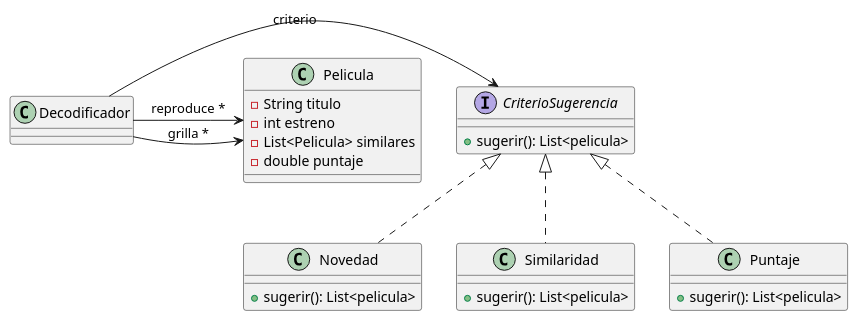
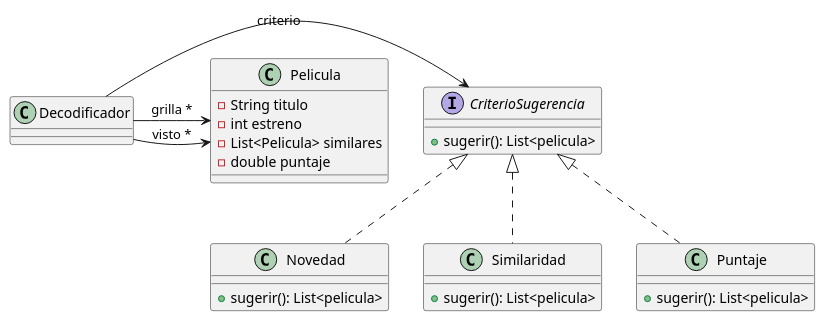
The diagram in patrones-ejercicio5-decodificador_de_peliculas/uml.plantuml (imnotsetro/OO2), drawn with PlantUML before and after one commit. The commit also changed 35 other files, not shown here.

```diff
--- a/patrones-ejercicio5-decodificador_de_peliculas/uml.plantuml
+++ b/patrones-ejercicio5-decodificador_de_peliculas/uml.plantuml
@@ -1,32 +1,32 @@
 @startuml
 
 class Decodificador {
 }
 
 class Pelicula {
     -String titulo
     -int estreno
     -List<Pelicula> similares
     -double puntaje
 }
 
 interface CriterioSugerencia {
     +sugerir(): List<pelicula>
 }
 
 class Novedad implements CriterioSugerencia {
     +sugerir(): List<pelicula>
 }
 
 class Similaridad implements CriterioSugerencia {
     +sugerir(): List<pelicula>
 }
 
 class Puntaje implements CriterioSugerencia {
     +sugerir(): List<pelicula>
 }
 
 Decodificador -> CriterioSugerencia : criterio
 Decodificador -> Pelicula : grilla *
-Decodificador -> Pelicula : reproduce *
+Decodificador -> Pelicula : visto *
 @enduml
```
